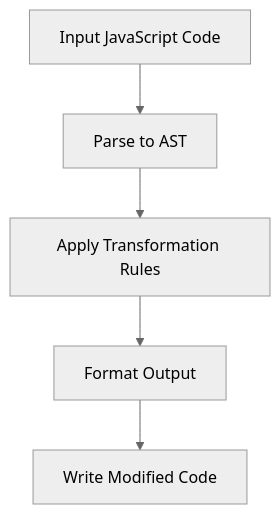
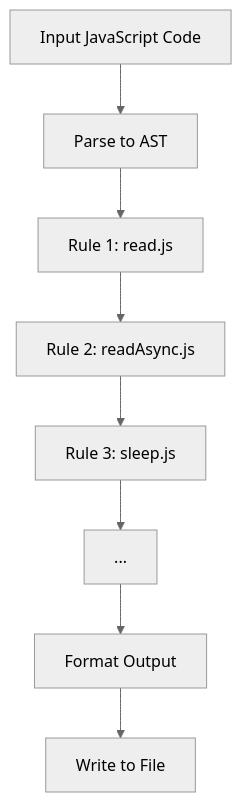
Before and after one commit to webc-site/npm: the diagram in fix/readme/en/README.md, drawn with Mermaid (neutral theme). The commit also changed other lines of this file and 3 other files, not shown here.

Commit message:
docs: update READMEs with modernized descriptions, package name changes, improved architecture explanation, expanded tech stack, detailed code structure, and historical context

````diff
--- a/fix/readme/en/README.md
+++ b/fix/readme/en/README.md
@@ -31,7 +31,10 @@
 ```mermaid
 graph TD
 A[Input JavaScript Code] --> B[Parse to AST]
-B --> C[Apply Transformation Rules]
-C --> D[Format Output]
-D --> E[Write Modified Code]
+B --> C[Rule 1: read.js]
+C --> D[Rule 2: readAsync.js]
+D --> E[Rule 3: sleep.js]
+E --> F[...]
+F --> G[Format Output]
+G --> H[Write to File]
 ```
````
